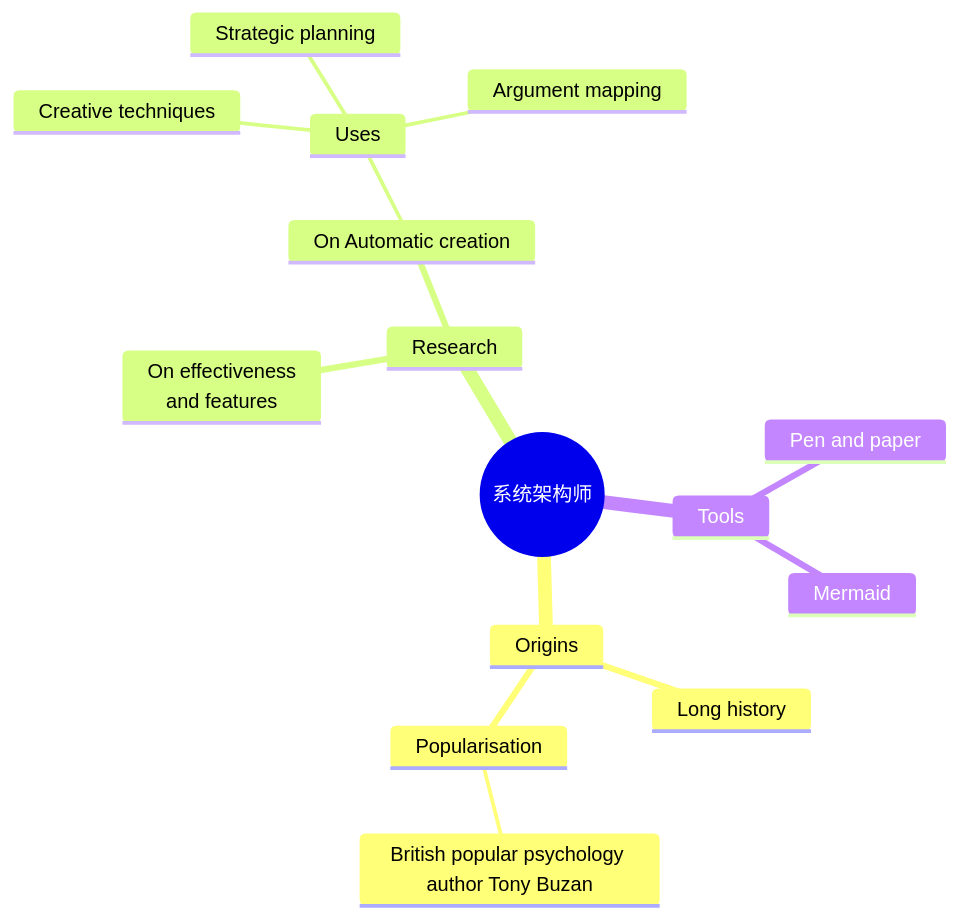
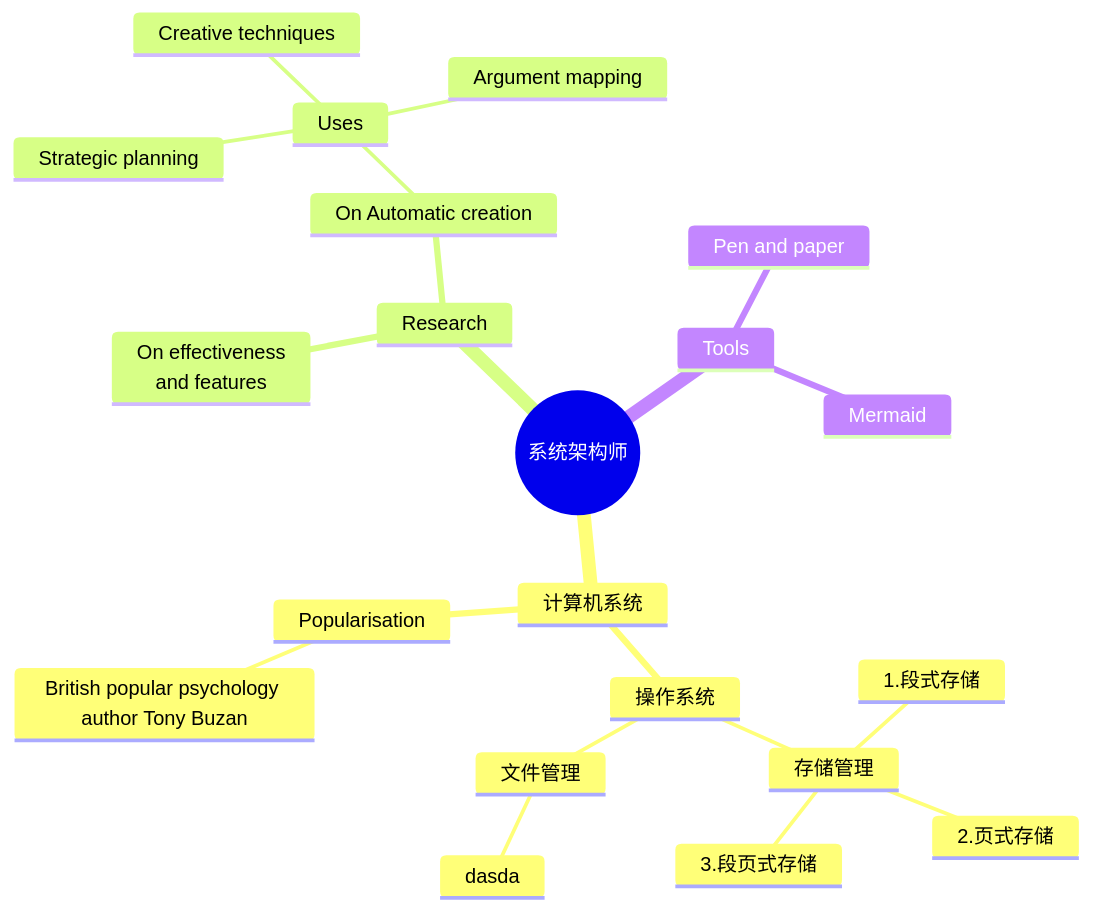
The diagram in content/RunKao/_index.md (AaronYang0628/docs), drawn with Mermaid before and after one commit. The commit also changed 2 other files, not shown here.

Commit message:
update 25-01-04

````diff
--- a/content/RunKao/_index.md
+++ b/content/RunKao/_index.md
@@ -8,19 +8,25 @@
 ```mermaid
 mindmap
   root((系统架构师))
-    Origins
-      Long history
+    计算机系统
+      操作系统
       ::icon(fa fa-book)
+        存储管理
+          1.段式存储
+          2.页式存储
+          3.段页式存储
+        文件管理
+          dasda
       Popularisation
         British popular psychology author Tony Buzan
     Research
       On effectiveness<br/>and features
       On Automatic creation
         Uses
             Creative techniques
             Strategic planning
             Argument mapping
     Tools
       Pen and paper
       Mermaid
 ```
````
